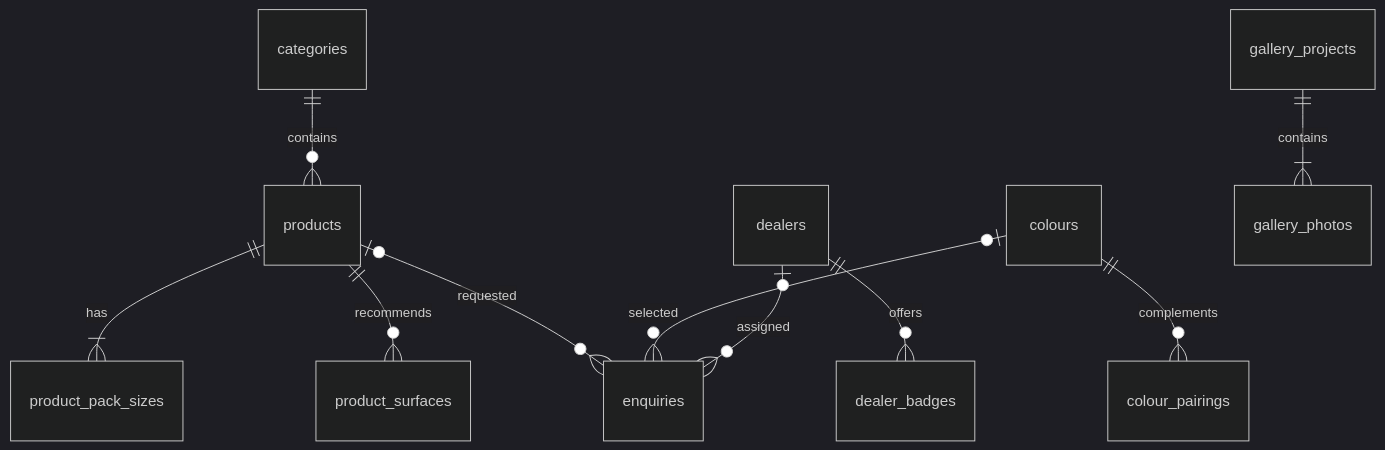
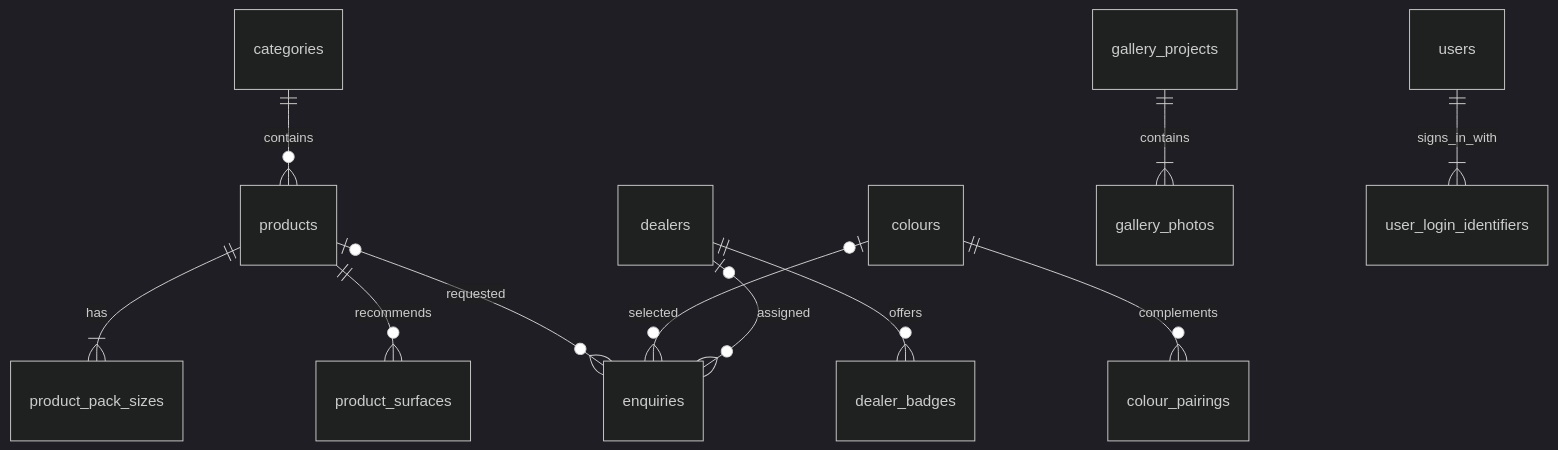
Before and after one commit to areva-Paints/areva-paint_new: the second of 2 diagrams in AREVA_TECHNICAL_DOCUMENTATION.md, drawn with Mermaid (dark theme). The commit also changed other lines of this file and 3 other files, not shown here.

````diff
--- a/AREVA_TECHNICAL_DOCUMENTATION.md
+++ b/AREVA_TECHNICAL_DOCUMENTATION.md
@@ -486,12 +511,13 @@
 ```mermaid
 erDiagram
   categories ||--o{ products : contains
   products ||--|{ product_pack_sizes : has
   products ||--o{ product_surfaces : recommends
   dealers ||--o{ dealer_badges : offers
   colours ||--o{ colour_pairings : complements
   gallery_projects ||--|{ gallery_photos : contains
   products o|--o{ enquiries : requested
   colours o|--o{ enquiries : selected
   dealers o|--o{ enquiries : assigned
+  users ||--|{ user_login_identifiers : signs_in_with
 ```
````
